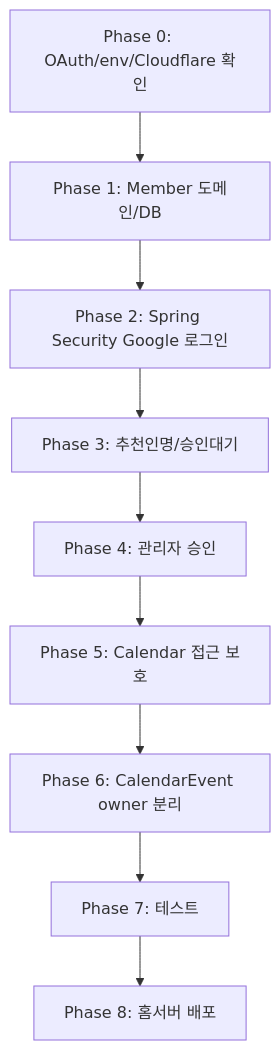
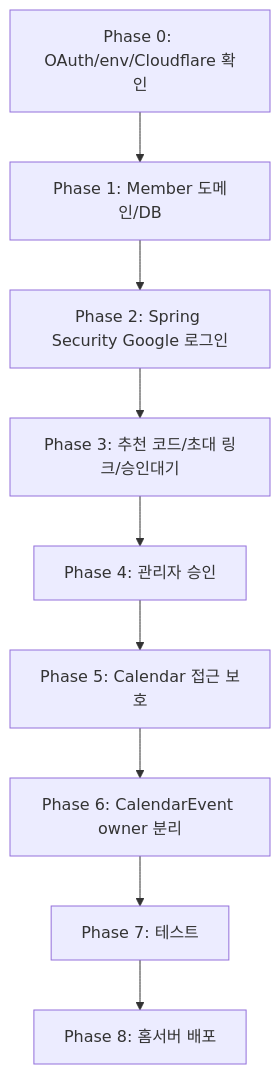
The diagram in docs/roadmap/auth-approval-implementation-plan.md (HoBaeBang/naruworks-platform), drawn with Mermaid before and after one commit. The commit also changed other lines of this file and 10 other files, not shown here.

````diff
--- a/docs/roadmap/auth-approval-implementation-plan.md
+++ b/docs/roadmap/auth-approval-implementation-plan.md
@@ -428,21 +469,21 @@
 ```mermaid
 flowchart TD
     P0["Phase 0: OAuth/env/Cloudflare 확인"]
     P1["Phase 1: Member 도메인/DB"]
     P2["Phase 2: Spring Security Google 로그인"]
-    P3["Phase 3: 추천인명/승인대기"]
+    P3["Phase 3: 추천 코드/초대 링크/승인대기"]
     P4["Phase 4: 관리자 승인"]
     P5["Phase 5: Calendar 접근 보호"]
     P6["Phase 6: CalendarEvent owner 분리"]
     P7["Phase 7: 테스트"]
     P8["Phase 8: 홈서버 배포"]
 
     P0 --> P1
     P1 --> P2
     P2 --> P3
     P3 --> P4
     P4 --> P5
     P5 --> P6
     P6 --> P7
     P7 --> P8
 ```
````
